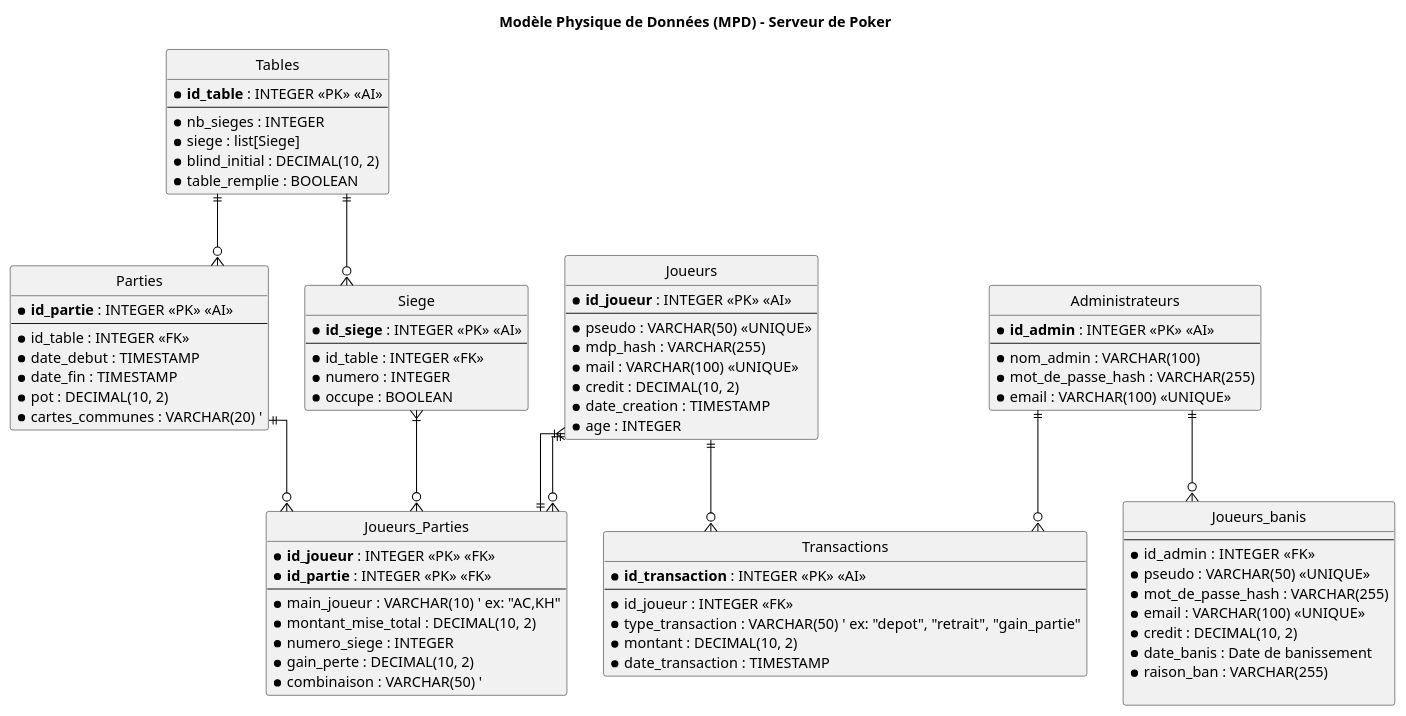
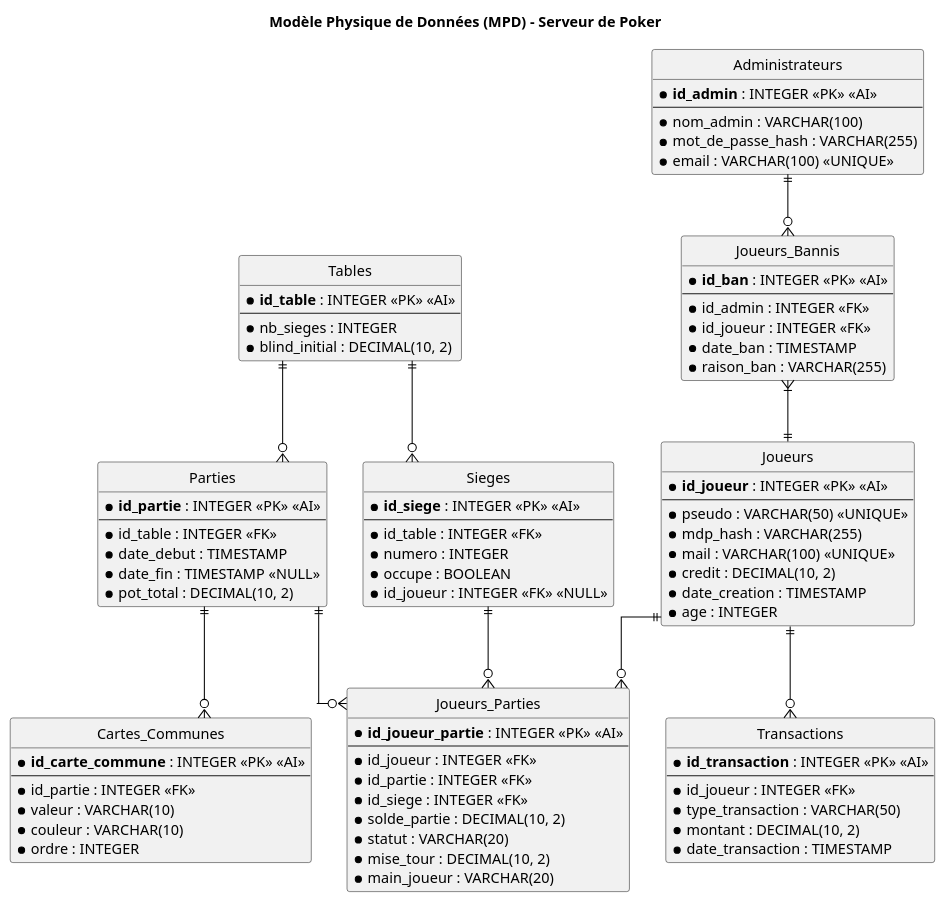
The diagram in doc/MPD.puml (tomdtd/ENSAI-2A-projet-info-Albane-Tom-Neville-Floraline), drawn with PlantUML before and after one commit. The commit also changed 2 other files, not shown here.

```diff
--- a/doc/MPD.puml
+++ b/doc/MPD.puml
@@ -1,128 +1,109 @@
 @startuml
-' Titre du diagramme
 title Modèle Physique de Données (MPD) - Serveur de Poker
 
-' --- Paramètres d'affichage ---
 hide circle
 skinparam linetype ortho
 skinparam table {
   BackgroundColor White
   BorderColor Black
 }
 skinparam arrow {
   Color Black
 }
 
 ' --- Définition des Tables ---
 
-' Table pour les utilisateurs (Joueurs )
 entity "Joueurs" as T_JOUEURS {
   * **id_joueur** : INTEGER <<PK>> <<AI>>
   --
   * pseudo : VARCHAR(50) <<UNIQUE>>
   * mdp_hash : VARCHAR(255)
   * mail : VARCHAR(100) <<UNIQUE>>
   * credit : DECIMAL(10, 2)
   * date_creation : TIMESTAMP
   * age : INTEGER
 }
 
-' Table pour les tables de jeu physiques
 entity "Tables" as T_TABLES {
   * **id_table** : INTEGER <<PK>> <<AI>>
   --
   * nb_sieges : INTEGER
-  * siege : list[Siege]
   * blind_initial : DECIMAL(10, 2)
-  * table_remplie : BOOLEAN
 }
 
-' Table pour les parties qui ont lieu sur les tables
+entity "Sieges" as T_SIEGES {
+  * **id_siege** : INTEGER <<PK>> <<AI>>
+  --
+  * id_table : INTEGER <<FK>>
+  * numero : INTEGER
+  * occupe : BOOLEAN
+  * id_joueur : INTEGER <<FK>> <<NULL>>
+}
+
 entity "Parties" as T_PARTIES {
   * **id_partie** : INTEGER <<PK>> <<AI>>
   --
   * id_table : INTEGER <<FK>>
   * date_debut : TIMESTAMP
-  * date_fin : TIMESTAMP
-  * pot : DECIMAL(10, 2)
-  * cartes_communes : VARCHAR(20) '
+  * date_fin : TIMESTAMP <<NULL>>
+  * pot_total : DECIMAL(10, 2)
 }
 
-'Tables pour les sièges des joueurs
-entity "Siege" as T_SIEGE {
-  * **id_siege** : INTEGER <<PK>> <<AI>>
+entity "Cartes_Communes" as T_CARTES_COMMUNES {
+  * **id_carte_commune** : INTEGER <<PK>> <<AI>>
   --
-  * id_table : INTEGER <<FK>>
-  * numero : INTEGER
-  * occupe : BOOLEAN
+  * id_partie : INTEGER <<FK>>
+  * valeur : VARCHAR(10)
+  * couleur : VARCHAR(10)
+  * ordre : INTEGER
 }
 
-' Table de jonction pour la relation N-M entre Joueurs et Parties
 entity "Joueurs_Parties" as T_JOUEURS_PARTIES {
-  * **id_joueur** : INTEGER <<PK>> <<FK>>
-  * **id_partie** : INTEGER <<PK>> <<FK>>
+  * **id_joueur_partie** : INTEGER <<PK>> <<AI>>
   --
-  * main_joueur : VARCHAR(10) ' ex: "AC,KH"
-  * montant_mise_total : DECIMAL(10, 2)
-  * numero_siege : INTEGER
-  * gain_perte : DECIMAL(10, 2)
-  * combinaison : VARCHAR(50) ' 
+  * id_joueur : INTEGER <<FK>>
+  * id_partie : INTEGER <<FK>>
+  * id_siege : INTEGER <<FK>>
+  * solde_partie : DECIMAL(10, 2)
+  * statut : VARCHAR(20)
+  * mise_tour : DECIMAL(10, 2)
+  * main_joueur : VARCHAR(20)
 }
 
-' Table pour l'historique des transactions financières
 entity "Transactions" as T_TRANSACTIONS {
   * **id_transaction** : INTEGER <<PK>> <<AI>>
   --
   * id_joueur : INTEGER <<FK>>
-  * type_transaction : VARCHAR(50) ' ex: "depot", "retrait", "gain_partie"
+  * type_transaction : VARCHAR(50)
   * montant : DECIMAL(10, 2)
   * date_transaction : TIMESTAMP
 }
-' Table des administrateurs 
+
 entity "Administrateurs" as T_ADMINISTRATEURS {
   * **id_admin** : INTEGER <<PK>> <<AI>>
   --
   * nom_admin : VARCHAR(100)
   * mot_de_passe_hash : VARCHAR(255)
   * email : VARCHAR(100) <<UNIQUE>>
 }
-' Table pour les utilisateurs banis (Joueurs )
 
-entity "Joueurs_banis" as T_JOUEURS_B {
+entity "Joueurs_Bannis" as T_JOUEURS_BANNIS {
+  * **id_ban** : INTEGER <<PK>> <<AI>>
   --
-  * id_admin : INTEGER  <<FK>>
-  * pseudo : VARCHAR(50) <<UNIQUE>>
-  * mot_de_passe_hash : VARCHAR(255)
-  * email : VARCHAR(100) <<UNIQUE>>
-  * credit : DECIMAL(10, 2)
-  * date_banis : Date de banissement
+  * id_admin : INTEGER <<FK>>
+  * id_joueur : INTEGER <<FK>>
+  * date_ban : TIMESTAMP
   * raison_ban : VARCHAR(255)
-
 }
 
 ' --- Définition des Relations ---
-' Admins et joueurs banis
-T_ADMINISTRATEURS ||--o{ T_JOUEURS_B
-' Un joueur peut avoir plusieurs transactions
+T_ADMINISTRATEURS ||--o{ T_JOUEURS_BANNIS
 T_JOUEURS ||--o{ T_TRANSACTIONS
-
-'Admin et Transactions 
-T_ADMINISTRATEURS ||--o{ T_TRANSACTIONS
-
-'Une table de jeu peut accueillir plusieurs parties (dans le temps)
+T_JOUEURS ||--o{ T_JOUEURS_PARTIES
 T_TABLES ||--o{ T_PARTIES
-
-' Relation N-M entre Joueurs et Parties, via la table de jonction
-T_JOUEURS }|--|| T_JOUEURS_PARTIES
-
-' Relation entre parties et sièges
-T_TABLES ||--o{ T_SIEGE
-
-'Relation entre joueurs et Joueurs_Parties
-T_JOUEURS ||--o{ T_JOUEURS_PARTIES
-
-'Relation entre joueur et sièges (via Joueurs_Parties)
-T_SIEGE }|--o{ T_JOUEURS_PARTIES
-' Relation entre parties et joueurs_parties
+T_TABLES ||--o{ T_SIEGES
 T_PARTIES ||--o{ T_JOUEURS_PARTIES
+T_PARTIES ||--o{ T_CARTES_COMMUNES
+T_SIEGES ||--o{ T_JOUEURS_PARTIES
+T_JOUEURS_BANNIS }|--|| T_JOUEURS
 @enduml
```
